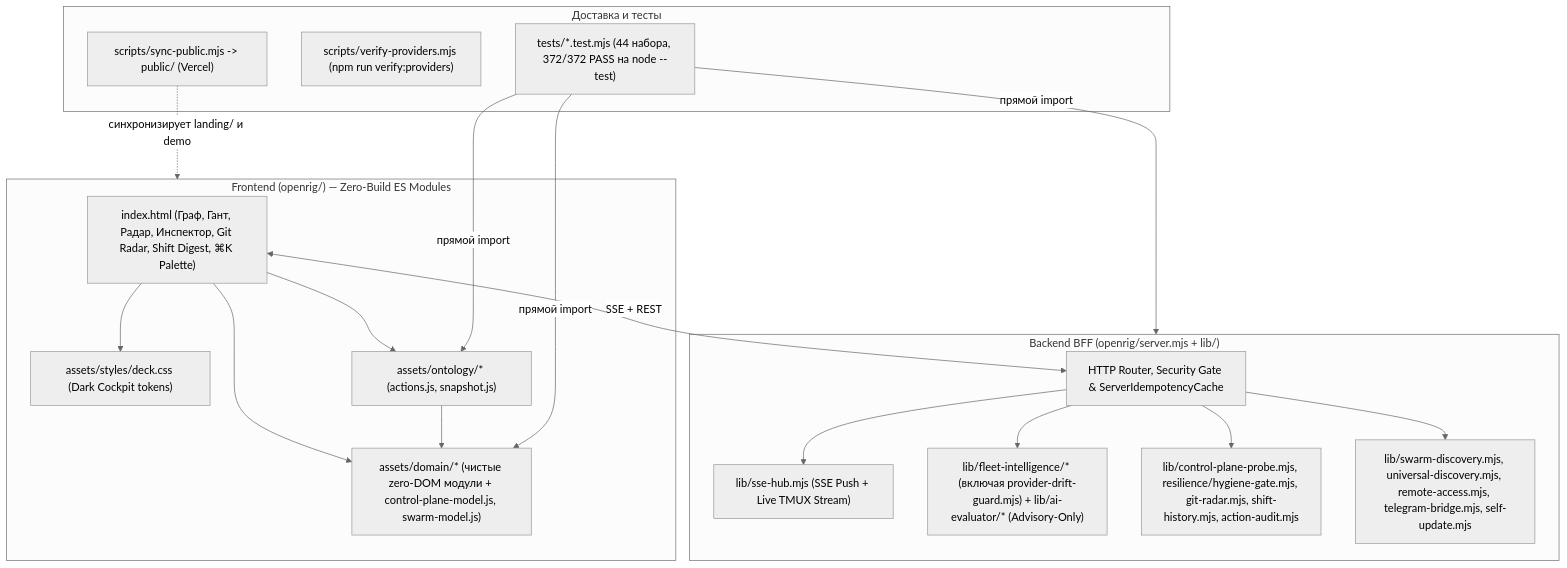
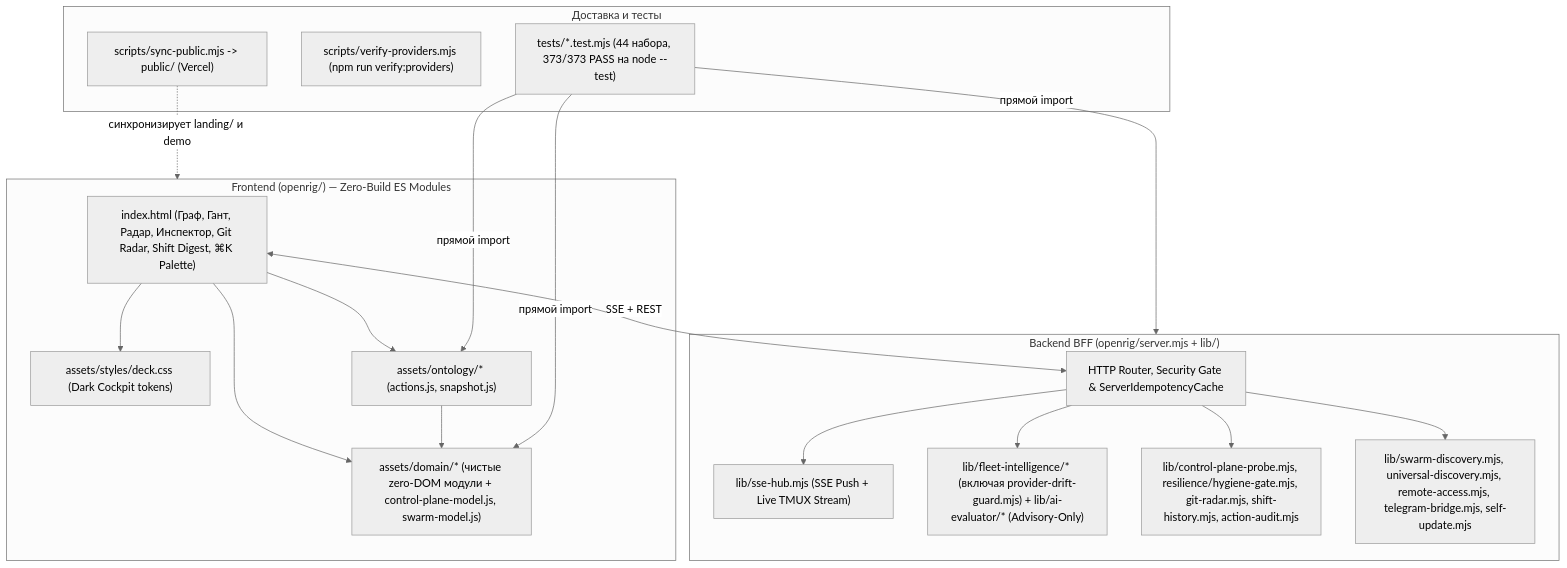
The fifth of 5 diagrams in openrig/docs/architecture.md (Vedariy/rig-commander), drawn with Mermaid (neutral theme) before and after one commit. The commit also changed 23 other files, not shown here.

````diff
--- a/openrig/docs/architecture.md
+++ b/openrig/docs/architecture.md
@@ -187,37 +187,37 @@
 ```mermaid
 flowchart TD
     subgraph FE["Frontend (openrig/) — Zero-Build ES Modules"]
         HTML["index.html (Граф, Гант, Радар, Инспектор, Git Radar, Shift Digest, ⌘K Palette)"]
         CSS["assets/styles/deck.css (Dark Cockpit tokens)"]
         DOM["assets/domain/* (чистые zero-DOM модули + control-plane-model.js, swarm-model.js)"]
         ONT["assets/ontology/* (actions.js, snapshot.js)"]
     end
 
     subgraph BE["Backend BFF (openrig/server.mjs + lib/)"]
         SEC["HTTP Router, Security Gate & ServerIdempotencyCache"]
         SSE["lib/sse-hub.mjs (SSE Push + Live TMUX Stream)"]
         INTEL["lib/fleet-intelligence/* (включая provider-drift-guard.mjs) + lib/ai-evaluator/* (Advisory-Only)"]
         OPS["lib/control-plane-probe.mjs, resilience/hygiene-gate.mjs, git-radar.mjs, shift-history.mjs, action-audit.mjs"]
         CONN["lib/swarm-discovery.mjs, universal-discovery.mjs, remote-access.mjs, telegram-bridge.mjs, self-update.mjs"]
     end
 
     subgraph DEV["Доставка и тесты"]
         SYNC["scripts/sync-public.mjs -> public/ (Vercel)"]
         CLI["scripts/verify-providers.mjs (npm run verify:providers)"]
-        TEST["tests/*.test.mjs (44 набора, 372/372 PASS на node --test)"]
+        TEST["tests/*.test.mjs (44 набора, 373/373 PASS на node --test)"]
     end
 
     HTML --> CSS
     HTML --> DOM
     HTML --> ONT
     ONT --> DOM
     HTML <-->|"SSE + REST"| SEC
     SEC --> SSE
     SEC --> INTEL
     SEC --> OPS
     SEC --> CONN
     SYNC -.->|"синхронизирует landing/ и demo"| FE
     TEST -->|"прямой import"| DOM
     TEST -->|"прямой import"| ONT
     TEST -->|"прямой import"| BE
 ```
````
